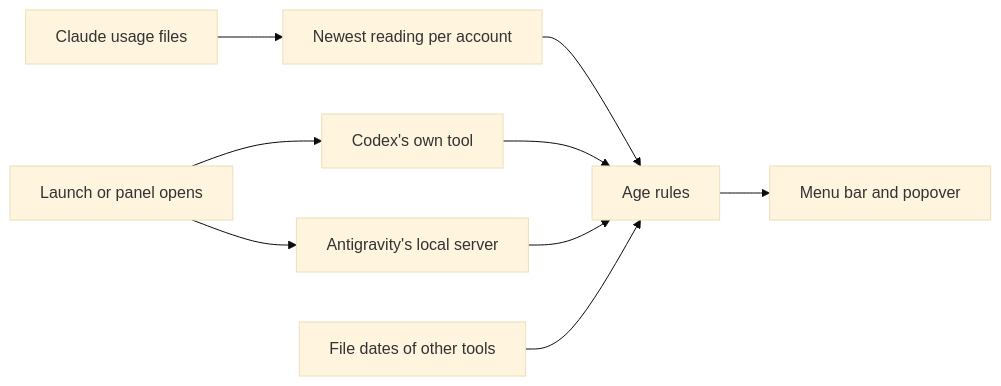
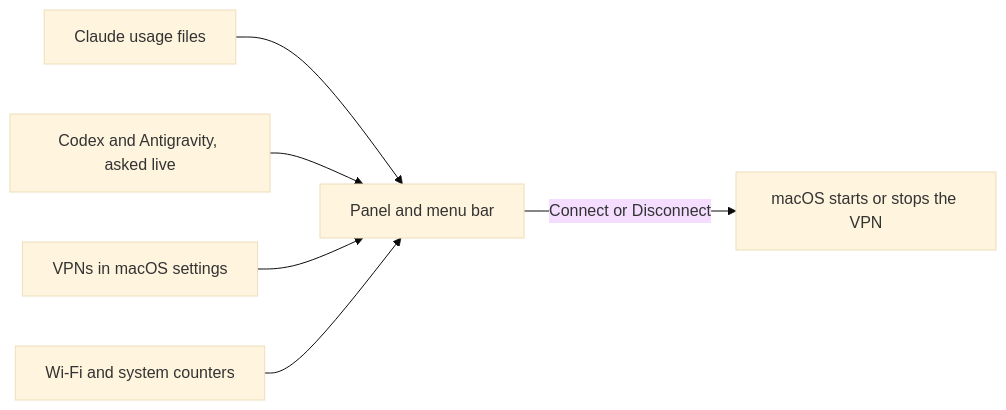
The first of 2 diagrams in README.md (davidwidagdo/ai-meter-bar), drawn with Mermaid (base theme) before and after one commit. The commit also changed other lines of this file and 1 other file, not shown here.

Commit message:
docs(ai-meter-bar): tidy both READMEs and add VPN control

````diff
--- a/README.md
+++ b/README.md
@@ -29,8 +26,8 @@
 ```mermaid
 flowchart LR
-  A[Claude usage files] --> M[Newest reading per account] --> E[Age rules]
-  P[Launch or panel opens] --> B[Codex's own tool] --> E
-  P --> G[Antigravity's local server] --> E
-  C[File dates of other tools] --> E
-  E --> F[Menu bar and popover]
+  A[Claude usage files] --> P[Panel and menu bar]
+  B[Codex and Antigravity, asked live] --> P
+  V[VPNs in macOS settings] --> P
+  N[Wi-Fi and system counters] --> P
+  P -->|Connect or Disconnect| M[macOS starts or stops the VPN]
 ```
````
